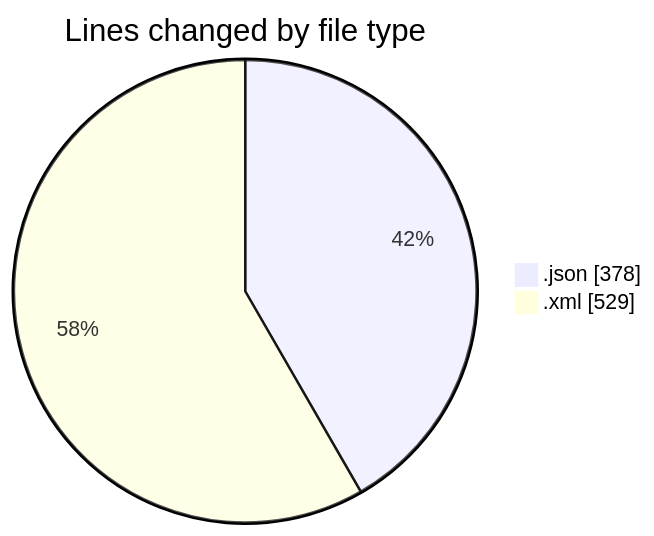
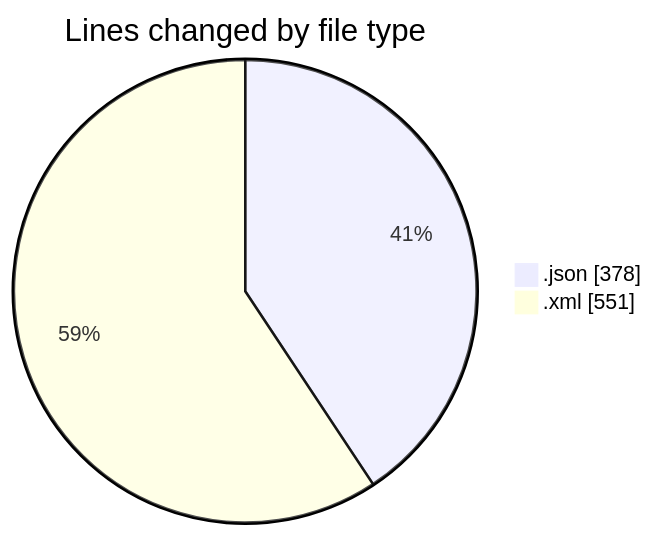
The first of 2 diagrams in 2025-02-23/masm/README.md (charlie-sans/code-tracking), drawn with Mermaid before and after one commit. The commit also changed other lines of this file and 1 other file, not shown here.

````diff
--- a/2025-02-23/masm/README.md
+++ b/2025-02-23/masm/README.md
@@ -21,6 +21,6 @@
 ```mermaid
 pie showData
 title Lines changed by file type
 ".json" : 378
-".xml" : 529
+".xml" : 551
 ```
````
